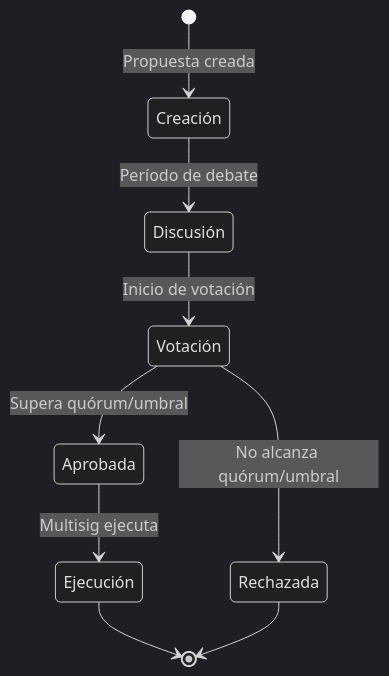
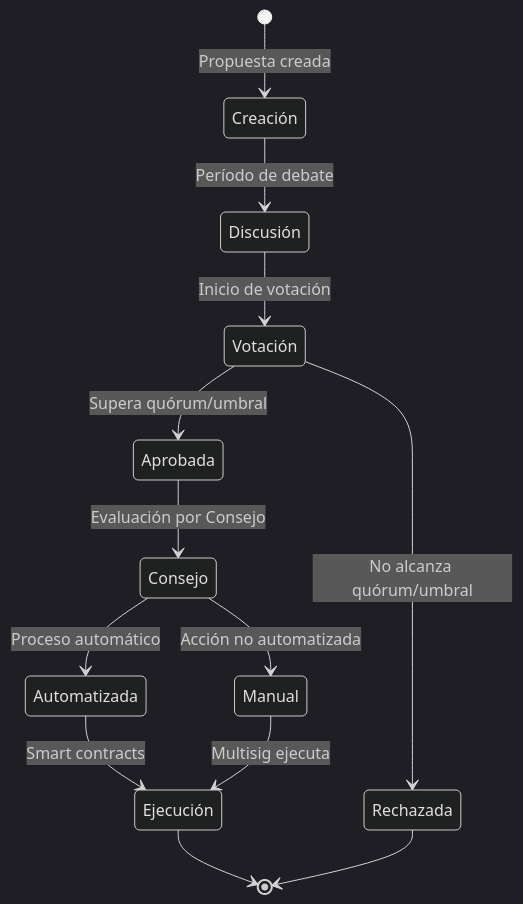
One commit to eth-ecuador/eth-ecuador-dao changed the fourth of 8 diagrams in YellowPaper.md. Above: the diagram before and after it, drawn with Mermaid (dark theme). The commit also changed other lines of this file and 1 other file, not shown here.

Commit message:
Included the governance council figure

````diff
--- a/YellowPaper.md
+++ b/YellowPaper.md
@@ -182,11 +182,15 @@
 ```mermaid
 stateDiagram-v2
     [*] --> Creación: Propuesta creada
     Creación --> Discusión: Período de debate
     Discusión --> Votación: Inicio de votación
     Votación --> Rechazada: No alcanza quórum/umbral
     Votación --> Aprobada: Supera quórum/umbral
-    Aprobada --> Ejecución: Multisig ejecuta
+    Aprobada --> Consejo: Evaluación por Consejo
+    Consejo --> Automatizada: Proceso automático
+    Consejo --> Manual: Acción no automatizada
+    Automatizada --> Ejecución: Smart contracts
+    Manual --> Ejecución: Multisig ejecuta
     Ejecución --> [*]
     Rechazada --> [*]
 ```
````
